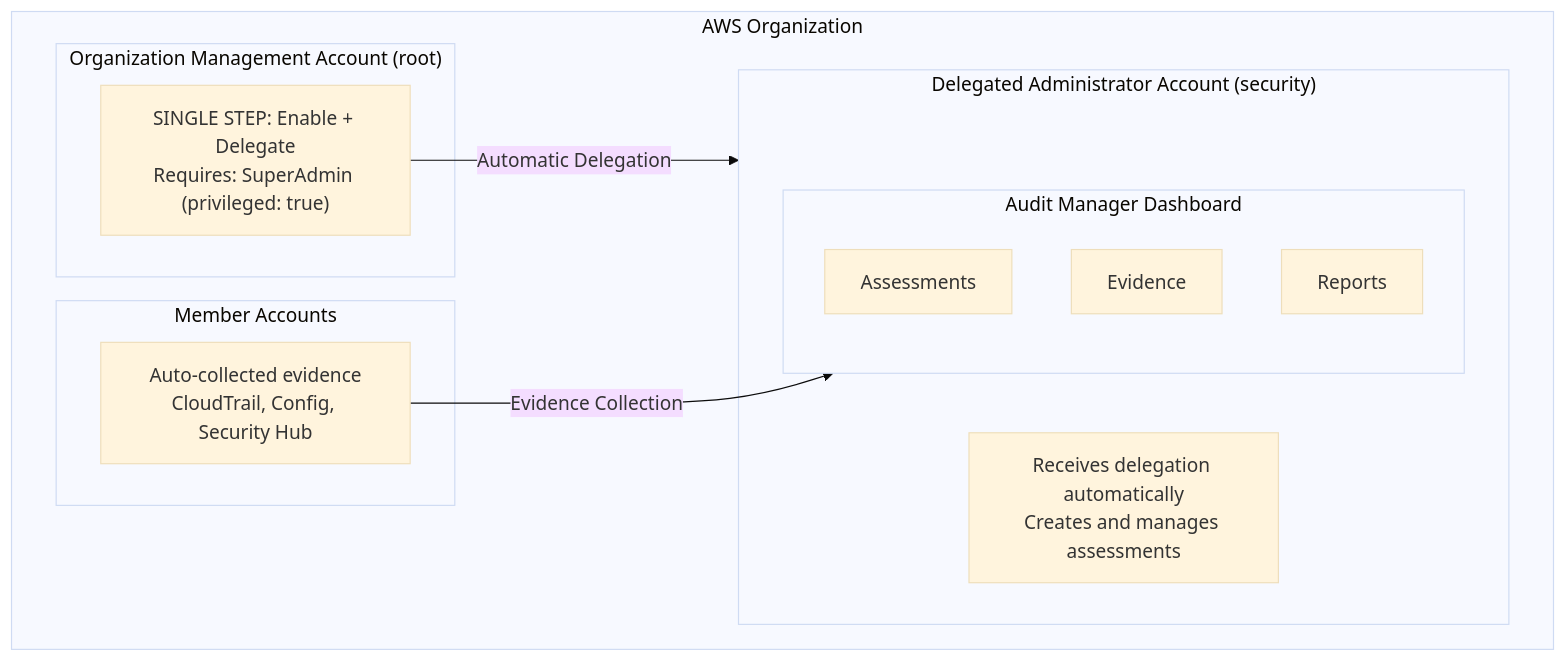
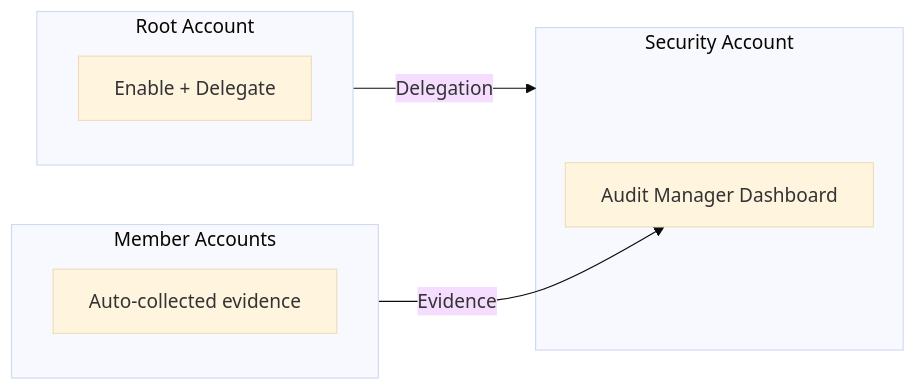
One commit to cloudposse/docs changed the diagram in docs/layers/security-and-compliance/aws-audit-manager.mdx. Above: the diagram before and after it, drawn with Mermaid (base theme). The commit also changed 10 other files, not shown here.

````diff
--- a/docs/layers/security-and-compliance/aws-audit-manager.mdx
+++ b/docs/layers/security-and-compliance/aws-audit-manager.mdx
@@ -44,24 +44,17 @@
 ```mermaid
-flowchart TB
-    subgraph org["AWS Organization"]
-        subgraph root["Organization Management Account (root)"]
-            single_step["SINGLE STEP: Enable + Delegate<br/>Requires: SuperAdmin (privileged: true)"]
-        end
-
-        subgraph security["Delegated Administrator Account (security)"]
-            admin_info["Receives delegation automatically<br/>Creates and manages assessments"]
-            subgraph dashboard["Audit Manager Dashboard"]
-                assessments["Assessments"]
-                evidence["Evidence"]
-                reports["Reports"]
-            end
-        end
-
-        subgraph members["Member Accounts"]
-            member["Auto-collected evidence<br/>CloudTrail, Config, Security Hub"]
-        end
+flowchart LR
+    subgraph root["Root Account"]
+        single_step["Enable + Delegate"]
     end
 
-    single_step -->|"Automatic Delegation"| security
-    member -->|"Evidence Collection"| dashboard
+    subgraph security["Security Account"]
+        dashboard["Audit Manager Dashboard"]
+    end
+
+    subgraph members["Member Accounts"]
+        member["Auto-collected evidence"]
+    end
+
+    root -->|"Delegation"| security
+    members -->|"Evidence"| dashboard
 ```
````
